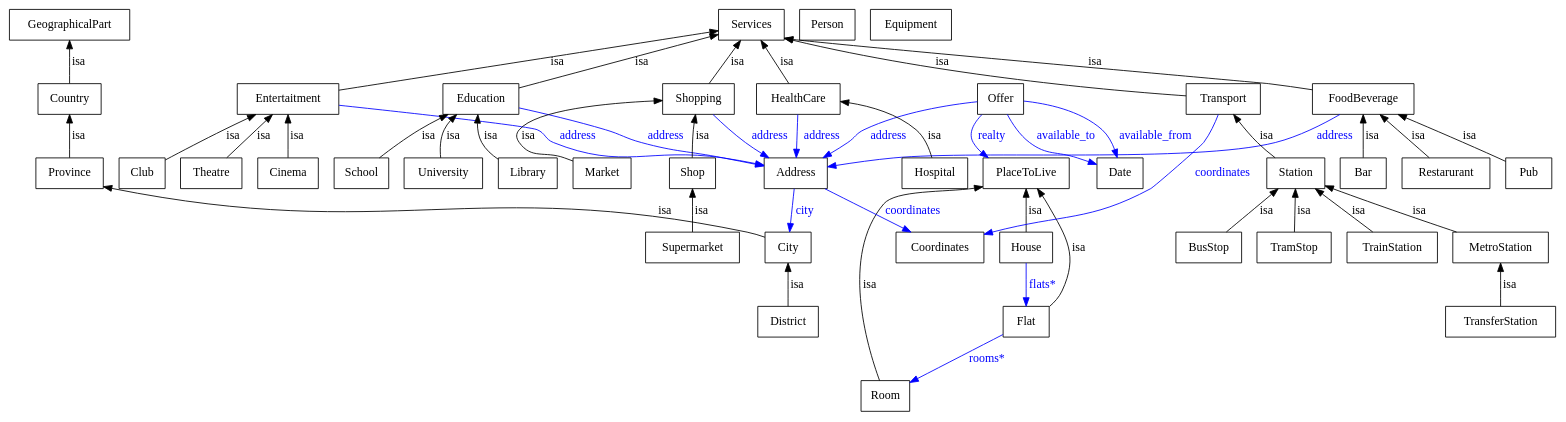
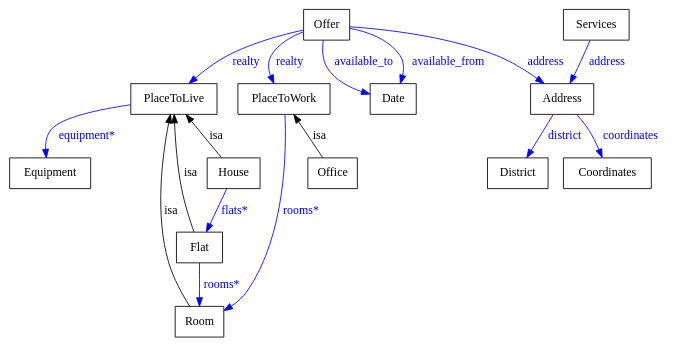
One commit to deric/housing changed the diagram in trunk/protege/house.dot. Above: the diagram before and after it, drawn with Graphviz. The commit also changed 3 other files, not shown here.

Commit message:
offices, place to work

```diff
--- a/trunk/protege/house.dot
+++ b/trunk/protege/house.dot
@@ -1,91 +1,33 @@
 digraph house {
 	node [label="\N"];
-	graph [bb="0,0,1735,486"];
-	PlaceToLive [label=PlaceToLive, shape=box, color="0.0,0.0,0.0", fontcolor="0.0,0.0,0.0", pos="1139,288", width="1.33", height="0.50"];
-	District [label=District, shape=box, color="0.0,0.0,0.0", fontcolor="0.0,0.0,0.0", pos="867,108", width="0.92", height="0.50"];
-	City [label=City, shape=box, color="0.0,0.0,0.0", fontcolor="0.0,0.0,0.0", pos="867,198", width="0.75", height="0.50"];
-	Province [label=Province, shape=box, color="0.0,0.0,0.0", fontcolor="0.0,0.0,0.0", pos="67,288", width="1.03", height="0.50"];
-	Country [label=Country, shape=box, color="0.0,0.0,0.0", fontcolor="0.0,0.0,0.0", pos="67,378", width="1.00", height="0.50"];
-	Bar [label=Bar, shape=box, color="0.0,0.0,0.0", fontcolor="0.0,0.0,0.0", pos="1520,288", width="0.75", height="0.50"];
-	FoodBeverage [label=FoodBeverage, shape=box, color="0.0,0.0,0.0", fontcolor="0.0,0.0,0.0", pos="1520,378", width="1.58", height="0.50"];
-	Club [label=Club, shape=box, color="0.0,0.0,0.0", fontcolor="0.0,0.0,0.0", pos="149,288", width="0.75", height="0.50"];
-	Entertaitment [label=Entertaitment, shape=box, color="0.0,0.0,0.0", fontcolor="0.0,0.0,0.0", pos="316,378", width="1.58", height="0.50"];
-	TramStop [label=TramStop, shape=box, color="0.0,0.0,0.0", fontcolor="0.0,0.0,0.0", pos="1440,198", width="1.11", height="0.50"];
-	Station [label=Station, shape=box, color="0.0,0.0,0.0", fontcolor="0.0,0.0,0.0", pos="1442,288", width="0.92", height="0.50"];
-	Restarurant [label=Restarurant, shape=box, color="0.0,0.0,0.0", fontcolor="0.0,0.0,0.0", pos="1614,288", width="1.36", height="0.50"];
-	TrainStation [label=TrainStation, shape=box, color="0.0,0.0,0.0", fontcolor="0.0,0.0,0.0", pos="1548,198", width="1.39", height="0.50"];
-	Education [label=Education, shape=box, color="0.0,0.0,0.0", fontcolor="0.0,0.0,0.0", pos="531,378", width="1.17", height="0.50"];
-	Services [label=Services, shape=box, color="0.0,0.0,0.0", fontcolor="0.0,0.0,0.0", pos="828,468", width="1.00", height="0.50"];
-	Address [label=Address, shape=box, color="0.0,0.0,0.0", fontcolor="0.0,0.0,0.0", pos="882,288", width="0.97", height="0.50"];
-	Library [label=Library, shape=box, color="0.0,0.0,0.0", fontcolor="0.0,0.0,0.0", pos="582,288", width="0.89", height="0.50"];
-	Transport [label=Transport, shape=box, color="0.0,0.0,0.0", fontcolor="0.0,0.0,0.0", pos="1364,378", width="1.11", height="0.50"];
-	Coordinates [label=Coordinates, shape=box, color="0.0,0.0,0.0", fontcolor="0.0,0.0,0.0", pos="1043,198", width="1.36", height="0.50"];
-	Room [label=Room, shape=box, color="0.0,0.0,0.0", fontcolor="0.0,0.0,0.0", pos="1017,18", width="0.75", height="0.50"];
-	Offer [label=Offer, shape=box, color="0.0,0.0,0.0", fontcolor="0.0,0.0,0.0", pos="1111,378", width="0.75", height="0.50"];
-	Date [label=Date, shape=box, color="0.0,0.0,0.0", fontcolor="0.0,0.0,0.0", pos="1240,288", width="0.75", height="0.50"];
-	Pub [label=Pub, shape=box, color="0.0,0.0,0.0", fontcolor="0.0,0.0,0.0", pos="1708,288", width="0.75", height="0.50"];
-	Shopping [label=Shopping, shape=box, color="0.0,0.0,0.0", fontcolor="0.0,0.0,0.0", pos="773,378", width="1.11", height="0.50"];
-	Person [label=Person, shape=box, color="0.0,0.0,0.0", fontcolor="0.0,0.0,0.0", pos="913,468", width="0.86", height="0.50"];
-	Equipment [label=Equipment, shape=box, color="0.0,0.0,0.0", fontcolor="0.0,0.0,0.0", pos="1007,468", width="1.25", height="0.50"];
-	Flat [label=Flat, shape=box, color="0.0,0.0,0.0", fontcolor="0.0,0.0,0.0", pos="1139,108", width="0.75", height="0.50"];
-	MetroStation [label=MetroStation, shape=box, color="0.0,0.0,0.0", fontcolor="0.0,0.0,0.0", pos="1669,198", width="1.47", height="0.50"];
-	Market [label=Market, shape=box, color="0.0,0.0,0.0", fontcolor="0.0,0.0,0.0", pos="664,288", width="0.89", height="0.50"];
-	House [label=House, shape=box, color="0.0,0.0,0.0", fontcolor="0.0,0.0,0.0", pos="1139,198", width="0.81", height="0.50"];
-	Theatre [label=Theatre, shape=box, color="0.0,0.0,0.0", fontcolor="0.0,0.0,0.0", pos="229,288", width="0.97", height="0.50"];
-	School [label=School, shape=box, color="0.0,0.0,0.0", fontcolor="0.0,0.0,0.0", pos="398,288", width="0.83", height="0.50"];
-	Hospital [label=Hospital, shape=box, color="0.0,0.0,0.0", fontcolor="0.0,0.0,0.0", pos="1037,288", width="1.00", height="0.50"];
-	HealthCare [label=HealthCare, shape=box, color="0.0,0.0,0.0", fontcolor="0.0,0.0,0.0", pos="885,378", width="1.31", height="0.50"];
-	GeographicalPart [label=GeographicalPart, shape=box, color="0.0,0.0,0.0", fontcolor="0.0,0.0,0.0", pos="67,468", width="1.86", height="0.50"];
-	Supermarket [label=Supermarket, shape=box, color="0.0,0.0,0.0", fontcolor="0.0,0.0,0.0", pos="767,198", width="1.44", height="0.50"];
-	Shop [label=Shop, shape=box, color="0.0,0.0,0.0", fontcolor="0.0,0.0,0.0", pos="767,288", width="0.75", height="0.50"];
-	TransferStation [label=TransferStation, shape=box, color="0.0,0.0,0.0", fontcolor="0.0,0.0,0.0", pos="1669,108", width="1.69", height="0.50"];
-	Cinema [label=Cinema, shape=box, color="0.0,0.0,0.0", fontcolor="0.0,0.0,0.0", pos="316,288", width="0.94", height="0.50"];
-	University [label=University, shape=box, color="0.0,0.0,0.0", fontcolor="0.0,0.0,0.0", pos="489,288", width="1.19", height="0.50"];
-	BusStop [label=BusStop, shape=box, color="0.0,0.0,0.0", fontcolor="0.0,0.0,0.0", pos="1346,198", width="1.00", height="0.50"];
-	City -> District [dir=back, label=isa, color="0.0,0.0,0.0", fontcolor="0.0,0.0,0.0", pos="s,867,180 867,170 867,155 867,139 867,126", lp="876,153"];
-	Country -> Province [dir=back, label=isa, color="0.0,0.0,0.0", fontcolor="0.0,0.0,0.0", pos="s,67,360 67,350 67,335 67,319 67,306", lp="77,333"];
-	FoodBeverage -> Bar [dir=back, label=isa, color="0.0,0.0,0.0", fontcolor="0.0,0.0,0.0", pos="s,1520,360 1520,350 1520,335 1520,319 1520,306", lp="1529,333"];
-	Entertaitment -> Club [dir=back, label=isa, color="0.0,0.0,0.0", fontcolor="0.0,0.0,0.0", pos="s,278,360 269,355 260,351 251,346 243,342 220,330 195,315 176,304", lp="259,333"];
-	Station -> TramStop [dir=back, label=isa, color="0.0,0.0,0.0", fontcolor="0.0,0.0,0.0", pos="s,1442,270 1441,260 1441,245 1441,229 1440,216", lp="1449,243"];
-	FoodBeverage -> Restarurant [dir=back, label=isa, color="0.0,0.0,0.0", fontcolor="0.0,0.0,0.0", pos="s,1539,360 1546,353 1561,338 1580,320 1595,306", lp="1583,333"];
-	Station -> TrainStation [dir=back, label=isa, color="0.0,0.0,0.0", fontcolor="0.0,0.0,0.0", pos="s,1463,270 1471,263 1488,248 1510,230 1526,216", lp="1513,243"];
-	Services -> Education [dir=back, label=isa, color="0.0,0.0,0.0", fontcolor="0.0,0.0,0.0", pos="s,792,457 782,454 725,436 629,407 573,391", lp="714,423"];
-	Education -> Address [label=address, color="0.6666667,1.0,1.0", fontcolor="0.6666667,1.0,1.0", style=filled, pos="e,847,296 573,369 601,362 637,353 669,342 686,335 689,329 708,324 748,310 760,314 803,306 814,304 826,301 837,298", lp="734,333"];
-	Education -> Library [dir=back, label=isa, color="0.0,0.0,0.0", fontcolor="0.0,0.0,0.0", pos="s,527,360 527,350 527,341 528,332 532,324 536,316 543,309 550,304", lp="541,333"];
-	Services -> Transport [dir=back, label=isa, color="0.0,0.0,0.0", fontcolor="0.0,0.0,0.0", pos="s,864,453 874,450 1044,404 1241,387 1324,381", lp="1040,423"];
-	Transport -> Coordinates [label=coordinates, color="0.6666667,1.0,1.0", fontcolor="0.6666667,1.0,1.0", style=filled, pos="e,1092,213 1357,360 1353,349 1346,335 1338,324 1332,316 1283,274 1276,270 1208,232 1180,238 1102,216", lp="1360,288"];
-	PlaceToLive -> Room [dir=back, label=isa, color="0.0,0.0,0.0", fontcolor="0.0,0.0,0.0", pos="s,1091,272 1081,270 1047,265 993,267 980,252 926,188 980,79 1006,36", lp="968,153"];
-	Offer -> Date [label=available_to, color="0.6666667,1.0,1.0", fontcolor="0.6666667,1.0,1.0", style=filled, pos="e,1213,299 1118,360 1123,348 1132,333 1144,324 1163,308 1173,314 1196,306 1198,305 1201,304 1204,303", lp="1185,333"];
-	Offer -> Date [label=available_from, color="0.6666667,1.0,1.0", fontcolor="0.6666667,1.0,1.0", style=filled, pos="e,1240,306 1138,373 1168,366 1214,355 1227,342 1233,335 1237,325 1238,316", lp="1284,333"];
-	Offer -> PlaceToLive [label=realty, color="0.6666667,1.0,1.0", fontcolor="0.6666667,1.0,1.0", style=filled, pos="e,1097,306 1090,360 1081,350 1073,336 1080,324 1082,320 1085,316 1089,313", lp="1100,333"];
-	Offer -> Address [label=address, color="0.6666667,1.0,1.0", fontcolor="0.6666667,1.0,1.0", style=filled, pos="e,915,306 1084,374 1044,368 974,355 953,342 944,336 946,330 939,324 934,319 929,315 923,312", lp="982,333"];
-	Province -> City [dir=back, label=isa, color="0.0,0.0,0.0", fontcolor="0.0,0.0,0.0", pos="s,104,272 114,270 285,235 676,255 828,216 832,215 836,213 840,212", lp="688,243"];
-	FoodBeverage -> Pub [dir=back, label=isa, color="0.0,0.0,0.0", fontcolor="0.0,0.0,0.0", pos="s,1558,360 1567,356 1597,341 1637,322 1672,306 1675,305 1678,303 1681,302", lp="1638,333"];
-	Services -> Shopping [dir=back, label=isa, color="0.0,0.0,0.0", fontcolor="0.0,0.0,0.0", pos="s,817,450 812,441 803,427 792,409 784,396", lp="813,423"];
-	Shopping -> Address [label=address, color="0.6666667,1.0,1.0", fontcolor="0.6666667,1.0,1.0", style=filled, pos="e,850,306 788,360 798,349 812,335 825,324 830,320 836,316 841,312", lp="851,333"];
-	Services -> Entertaitment [dir=back, label=isa, color="0.0,0.0,0.0", fontcolor="0.0,0.0,0.0", pos="s,792,462 782,460 688,443 475,406 373,388", lp="626,423"];
-	Entertaitment -> Address [label=address, color="0.6666667,1.0,1.0", fontcolor="0.6666667,1.0,1.0", style=filled, pos="e,847,297 373,372 452,363 584,348 593,342 600,336 595,328 603,324 640,299 758,312 803,306 814,304 826,302 837,299", lp="629,333"];
-	Address -> Coordinates [label=coordinates, color="0.6666667,1.0,1.0", fontcolor="0.6666667,1.0,1.0", style=filled, pos="e,1011,216 915,270 940,256 975,236 1002,221", lp="1016,243"];
-	Address -> City [label=city, color="0.6666667,1.0,1.0", fontcolor="0.6666667,1.0,1.0", style=filled, pos="e,870,216 879,270 877,257 874,240 872,226", lp="886,243"];
-	PlaceToLive -> Flat [dir=back, label=isa, color="0.0,0.0,0.0", fontcolor="0.0,0.0,0.0", pos="s,1152,270 1158,261 1176,231 1198,183 1181,144 1178,137 1172,131 1166,125", lp="1195,198"];
-	Flat -> Room [label="rooms*", color="0.6666667,1.0,1.0", fontcolor="0.6666667,1.0,1.0", style=filled, pos="e,1042,36 1114,90 1096,76 1070,57 1050,42", lp="1113,63"];
-	Station -> MetroStation [dir=back, label=isa, color="0.0,0.0,0.0", fontcolor="0.0,0.0,0.0", pos="s,1475,273 1484,269 1536,249 1585,229 1621,216", lp="1577,243"];
-	Shopping -> Market [dir=back, label=isa, color="0.0,0.0,0.0", fontcolor="0.0,0.0,0.0", pos="s,733,377 723,376 670,373 592,364 574,342 568,335 569,330 574,324 587,304 601,314 623,306 626,305 629,303 632,302", lp="583,333"];
-	Services -> FoodBeverage [dir=back, label=isa, color="0.0,0.0,0.0", fontcolor="0.0,0.0,0.0", pos="s,864,453 874,450 953,431 976,440 1054,432 1213,416 1254,417 1413,396 1429,394 1447,391 1463,388", lp="1253,423"];
-	FoodBeverage -> Address [label=address, color="0.6666667,1.0,1.0", fontcolor="0.6666667,1.0,1.0", style=filled, pos="e,917,295 1491,360 1467,346 1435,328 1421,324 1329,298 1086,315 992,306 971,303 947,299 927,296", lp="1485,333"];
-	PlaceToLive -> House [dir=back, label=isa, color="0.0,0.0,0.0", fontcolor="0.0,0.0,0.0", pos="s,1139,270 1139,260 1139,245 1139,229 1139,216", lp="1148,243"];
-	House -> Flat [label="flats*", color="0.6666667,1.0,1.0", fontcolor="0.6666667,1.0,1.0", style=filled, pos="e,1139,126 1139,180 1139,167 1139,151 1139,136", lp="1158,153"];
-	Entertaitment -> Theatre [dir=back, label=isa, color="0.0,0.0,0.0", fontcolor="0.0,0.0,0.0", pos="s,298,360 291,353 277,338 260,320 247,306", lp="292,333"];
-	Education -> School [dir=back, label=isa, color="0.0,0.0,0.0", fontcolor="0.0,0.0,0.0", pos="s,492,360 483,355 476,351 468,346 461,342 445,331 429,317 417,306", lp="473,333"];
-	HealthCare -> Hospital [dir=back, label=isa, color="0.0,0.0,0.0", fontcolor="0.0,0.0,0.0", pos="s,932,369 942,367 971,360 1003,352 1015,342 1025,332 1031,318 1034,306", lp="1034,333"];
-	GeographicalPart -> Country [dir=back, label=isa, color="0.0,0.0,0.0", fontcolor="0.0,0.0,0.0", pos="s,67,450 67,440 67,425 67,409 67,396", lp="77,423"];
-	Transport -> Station [dir=back, label=isa, color="0.0,0.0,0.0", fontcolor="0.0,0.0,0.0", pos="s,1375,360 1381,352 1387,342 1394,332 1402,324 1407,318 1413,312 1420,306", lp="1411,333"];
-	Shop -> Supermarket [dir=back, label=isa, color="0.0,0.0,0.0", fontcolor="0.0,0.0,0.0", pos="s,767,270 767,260 767,245 767,229 767,216", lp="776,243"];
-	MetroStation -> TransferStation [dir=back, label=isa, color="0.0,0.0,0.0", fontcolor="0.0,0.0,0.0", pos="s,1669,180 1669,170 1669,155 1669,139 1669,126", lp="1678,153"];
-	Services -> HealthCare [dir=back, label=isa, color="0.0,0.0,0.0", fontcolor="0.0,0.0,0.0", pos="s,840,450 845,441 855,427 866,409 873,396", lp="869,423"];
-	HealthCare -> Address [label=address, color="0.6666667,1.0,1.0", fontcolor="0.6666667,1.0,1.0", style=filled, pos="e,883,306 884,360 884,347 883,331 883,316", lp="909,333"];
-	Entertaitment -> Cinema [dir=back, label=isa, color="0.0,0.0,0.0", fontcolor="0.0,0.0,0.0", pos="s,316,360 316,350 316,335 316,319 316,306", lp="326,333"];
-	Education -> University [dir=back, label=isa, color="0.0,0.0,0.0", fontcolor="0.0,0.0,0.0", pos="s,504,360 497,353 494,350 492,346 490,342 484,331 484,317 485,306", lp="499,333"];
-	Shopping -> Shop [dir=back, label=isa, color="0.0,0.0,0.0", fontcolor="0.0,0.0,0.0", pos="s,770,360 768,350 768,347 768,345 768,342 767,330 767,317 767,306", lp="777,333"];
-	Station -> BusStop [dir=back, label=isa, color="0.0,0.0,0.0", fontcolor="0.0,0.0,0.0", pos="s,1423,270 1415,263 1399,248 1380,230 1366,216", lp="1410,243"];
+	graph [bb="0,0,582,396"];
+	PlaceToLive [label=PlaceToLive, shape=box, color="0.0,0.0,0.0", fontcolor="0.0,0.0,0.0", pos="164,288", width="1.1667", height="0.5"];
+	Equipment [label=Equipment, shape=box, color="0.0,0.0,0.0", fontcolor="0.0,0.0,0.0", pos="38,198", width="1.0556", height="0.5"];
+	Date [label=Date, shape=box, color="0.0,0.0,0.0", fontcolor="0.0,0.0,0.0", pos="378,288", width="0.75", height="0.5"];
+	District [label=District, shape=box, color="0.0,0.0,0.0", fontcolor="0.0,0.0,0.0", pos="448,198", width="0.77778", height="0.5"];
+	Flat [label=Flat, shape=box, color="0.0,0.0,0.0", fontcolor="0.0,0.0,0.0", pos="192,108", width="0.75", height="0.5"];
+	Room [label=Room, shape=box, color="0.0,0.0,0.0", fontcolor="0.0,0.0,0.0", pos="192,18", width="0.75", height="0.5"];
+	Coordinates [label=Coordinates, shape=box, color="0.0,0.0,0.0", fontcolor="0.0,0.0,0.0", pos="534,198", width="1.1111", height="0.5"];
+	Services [label=Services, shape=box, color="0.0,0.0,0.0", fontcolor="0.0,0.0,0.0", pos="550,378", width="0.86111", height="0.5"];
+	Address [label=Address, shape=box, color="0.0,0.0,0.0", fontcolor="0.0,0.0,0.0", pos="490,288", width="0.83333", height="0.5"];
+	Offer [label=Offer, shape=box, color="0.0,0.0,0.0", fontcolor="0.0,0.0,0.0", pos="291,378", width="0.75", height="0.5"];
+	PlaceToWork [label=PlaceToWork, shape=box, color="0.0,0.0,0.0", fontcolor="0.0,0.0,0.0", pos="279,288", width="1.2778", height="0.5"];
+	House [label=House, shape=box, color="0.0,0.0,0.0", fontcolor="0.0,0.0,0.0", pos="224,198", width="0.75", height="0.5"];
+	Office [label=Office, shape=box, color="0.0,0.0,0.0", fontcolor="0.0,0.0,0.0", pos="334,198", width="0.75", height="0.5"];
+	PlaceToLive -> Equipment [style=filled, label="equipment*", color="0.6666667,1.0,1.0", fontcolor="0.6666667,1.0,1.0", pos="e,33.295,216.06 121.79,281.32 89.634,275.29 49.207,265.3 39,252 33.462,244.78 31.978,235.28 32.271,226.26", lp="71.5,243"];
+	PlaceToLive -> Flat [label=isa, color="0.0,0.0,0.0", fontcolor="0.0,0.0,0.0", dir=back, pos="s,164.54,269.92 165.01,259.67 166.11,237.78 168.38,206.81 173,180 176.2,161.4 181.93,140.6 186.27,126.15", lp="180.5,198"];
+	Flat -> Room [style=filled, label="rooms*", color="0.6666667,1.0,1.0", fontcolor="0.6666667,1.0,1.0", pos="e,192,36.186 192,89.787 192,77.344 192,60.605 192,46.421", lp="212.5,63"];
+	Services -> Address [style=filled, label=address, color="0.6666667,1.0,1.0", fontcolor="0.6666667,1.0,1.0", pos="e,512.18,306.01 544.74,359.78 541.07,348.83 535.48,334.95 528,324 525.45,320.27 522.46,316.63 519.29,313.19", lp="557.5,333"];
+	Offer -> Date [style=filled, label=available_to, color="0.6666667,1.0,1.0", fontcolor="0.6666667,1.0,1.0", pos="e,350.98,299.11 286.66,359.98 285,348.7 284.94,334.4 292,324 292.4,323.41 318.31,312.61 341.58,302.99", lp="325,333"];
+	Offer -> Date [style=filled, label=available_from, color="0.6666667,1.0,1.0", fontcolor="0.6666667,1.0,1.0", pos="e,374.7,306.22 318.16,368.72 331.71,362.9 347.42,354.15 358,342 364.39,334.66 368.81,325.09 371.84,316.05", lp="409.5,333"];
+	Offer -> Address [style=filled, label=address, color="0.6666667,1.0,1.0", fontcolor="0.6666667,1.0,1.0", pos="e,482.62,306.25 318.05,374.59 358.69,369.06 433.08,357.19 455,342 464.6,335.35 472.2,325.12 477.83,315.34", lp="491.5,333"];
+	Offer -> PlaceToLive [style=filled, label=realty, color="0.6666667,1.0,1.0", fontcolor="0.6666667,1.0,1.0", pos="e,172.46,306.12 263.69,371.85 244.34,366.45 218.63,357.06 200,342 190.97,334.7 183.37,324.53 177.52,314.97", lp="215.5,333"];
+	Offer -> PlaceToWork [style=filled, label=realty, color="0.6666667,1.0,1.0", fontcolor="0.6666667,1.0,1.0", pos="e,251.81,306.22 263.98,366.46 253.93,360.68 243.62,352.62 238,342 232.76,332.1 237.08,322.11 244.57,313.45", lp="253.5,333"];
+	PlaceToLive -> House [label=isa, color="0.0,0.0,0.0", fontcolor="0.0,0.0,0.0", dir=back, pos="s,176.14,269.79 181.86,261.21 191.55,246.68 203.26,229.11 211.88,216.19", lp="206.5,243"];
+	House -> Flat [style=filled, label="flats*", color="0.6666667,1.0,1.0", fontcolor="0.6666667,1.0,1.0", pos="e,198.47,126.19 217.52,179.79 213.06,167.22 207.03,150.28 201.96,136", lp="225,153"];
+	PlaceToLive -> Room [label=isa, color="0.0,0.0,0.0", fontcolor="0.0,0.0,0.0", dir=back, pos="s,160.07,269.94 158.17,259.92 151.18,221.12 142.02,149.22 156,90 160.62,70.414 171.44,50.081 180.01,36.038", lp="155.5,153"];
+	PlaceToWork -> Office [label=isa, color="0.0,0.0,0.0", fontcolor="0.0,0.0,0.0", dir=back, pos="s,290.13,269.79 295.37,261.21 304.25,246.68 314.99,229.11 322.89,216.19", lp="318.5,243"];
+	PlaceToWork -> Room [style=filled, label="rooms*", color="0.6666667,1.0,1.0", fontcolor="0.6666667,1.0,1.0", pos="e,219.34,34.768 279.92,269.79 281.16,228.34 279.43,125.05 237,54 234.31,49.498 230.84,45.331 227.01,41.55", lp="293.5,153"];
+	Address -> Coordinates [style=filled, label=coordinates, color="0.6666667,1.0,1.0", fontcolor="0.6666667,1.0,1.0", pos="e,527.38,216.33 502.01,269.64 505.43,264.08 509.03,257.88 512,252 516.2,243.69 520.22,234.37 523.65,225.86", lp="551,243"];
+	Address -> District [style=filled, label=district, color="0.6666667,1.0,1.0", fontcolor="0.6666667,1.0,1.0", pos="e,456.49,216.19 481.5,269.79 475.58,257.1 467.58,239.95 460.88,225.59", lp="491,243"];
 }
```
